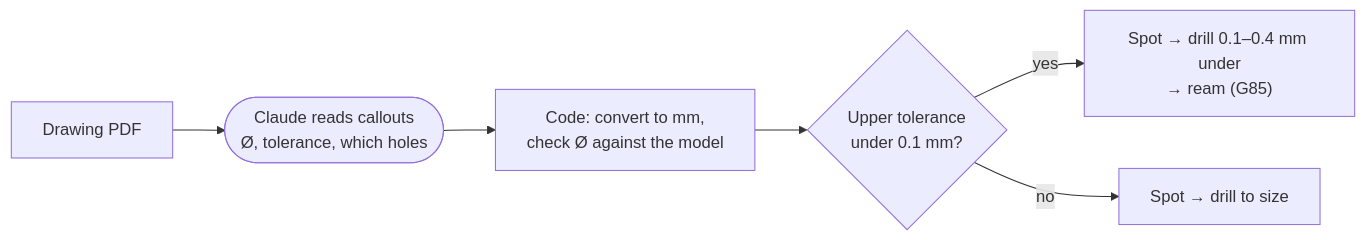
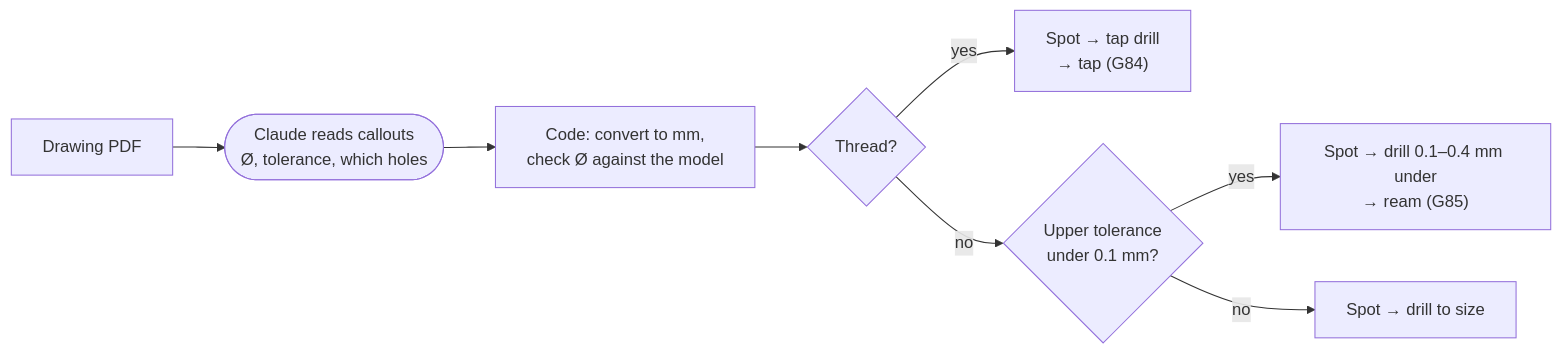
The second of 6 diagrams in docs/HOW-IT-WORKS.md (rrhodeswebdev/hole-cam), drawn with Mermaid before and after one commit. The commit also changed other lines of this file and 43 other files, not shown here.

````diff
--- a/docs/HOW-IT-WORKS.md
+++ b/docs/HOW-IT-WORKS.md
@@ -80,8 +81,10 @@
 ```mermaid
 flowchart LR
     pdf["Drawing PDF"] --> claude(["Claude reads callouts<br/>Ø, tolerance, which holes"])
     claude --> mm["Code: convert to mm,<br/>check Ø against the model"]
-    mm --> tight{"Upper tolerance<br/>under 0.1 mm?"}
+    mm --> thread{"Thread?"}
+    thread -->|yes| tap["Spot → tap drill<br/>→ tap (G84)"]
+    thread -->|no| tight{"Upper tolerance<br/>under 0.1 mm?"}
     tight -->|yes| ream["Spot → drill 0.1–0.4 mm under<br/>→ ream (G85)"]
     tight -->|no| drill["Spot → drill to size"]
 ```
````
